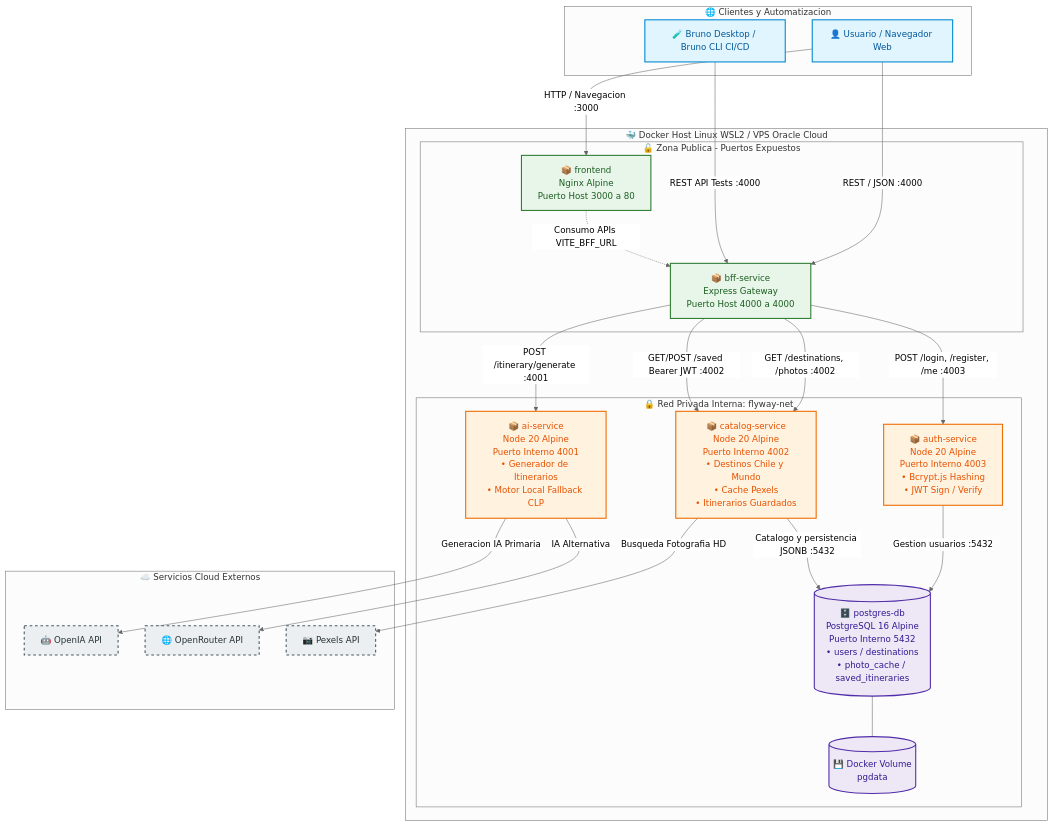
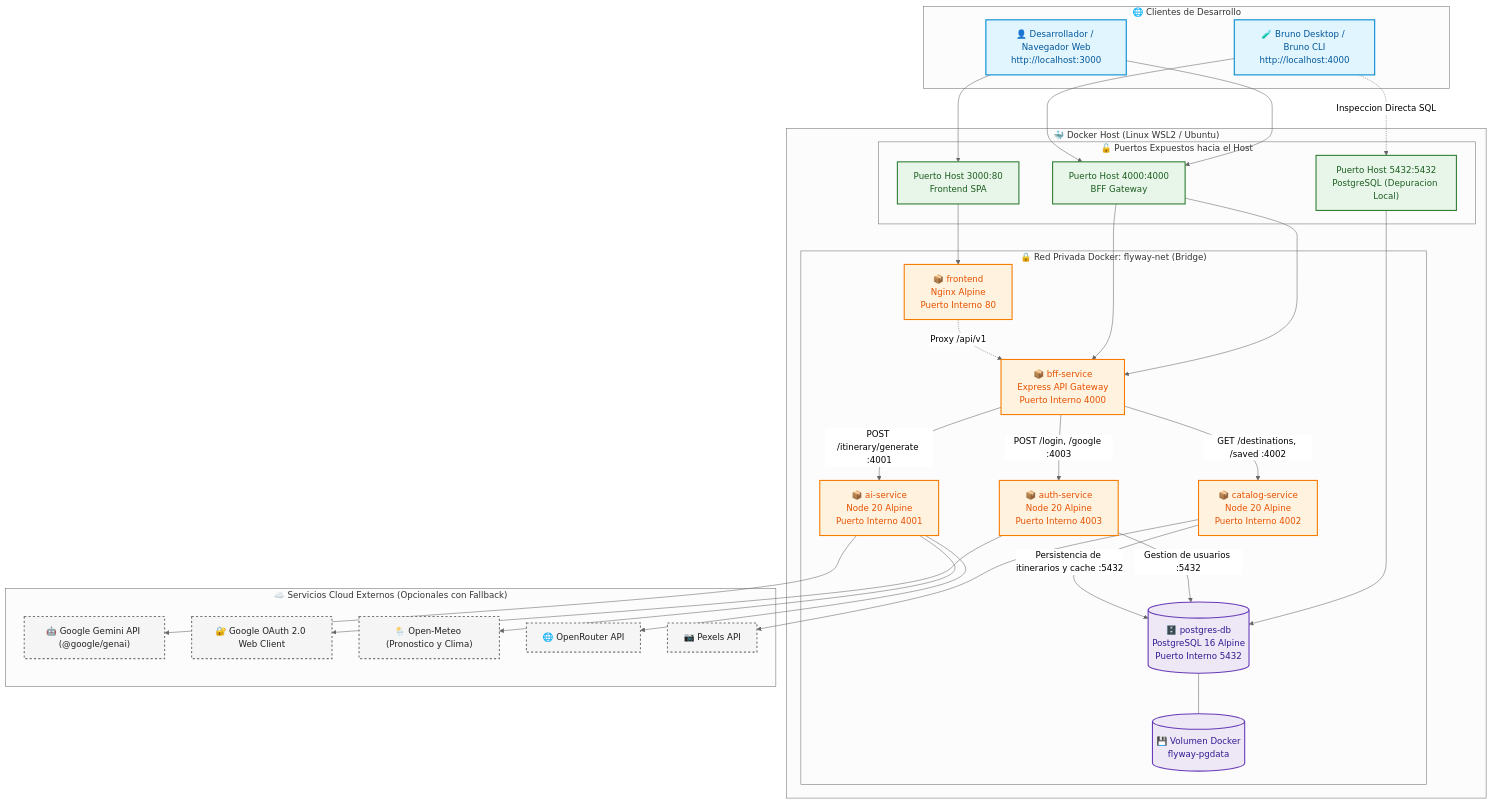
One commit to VanessaLagunas/Flyway changed the second of 5 diagrams in docs/diagrama_de_arquitectura_mermaid_flyway.md. Above: the diagram before and after it, drawn with Mermaid (neutral theme). The commit also changed other lines of this file and 2 other files, not shown here.

Commit message:
Actualizacion de diagramas en docs

````diff
--- a/docs/diagrama_de_arquitectura_mermaid_flyway.md
+++ b/docs/diagrama_de_arquitectura_mermaid_flyway.md
@@ -9,75 +184,77 @@
 ```mermaid
 graph TB
-    %% Clientes y Herramientas Externas
-    subgraph CLIENTS [" 🌐 Clientes y Automatizacion "]
-        User["👤 Usuario / Navegador Web"]
-        QA["🧪 Bruno Desktop / Bruno CLI CI/CD"]
+    %% Clientes Locales
+    subgraph LOCAL_CLIENTS [" 🌐 Clientes de Desarrollo "]
+        DevUser["👤 Desarrollador / Navegador Web<br/>http://localhost:3000"]
+        DevQA["🧪 Bruno Desktop / Bruno CLI<br/>http://localhost:4000"]
     end
 
-    %% Capa Host / Puertos Públicos
-    subgraph DOCKER_HOST [" 🐳 Docker Host Linux WSL2 / VPS Oracle Cloud "]
+    %% Capa Host Docker
+    subgraph DOCKER_COMPOSE_HOST [" 🐳 Docker Host (Linux WSL2 / Ubuntu) "]
         
-        subgraph PUBLIC_ZONE [" 🔓 Zona Publica - Puertos Expuestos "]
-            Frontend["📦 frontend<br/>Nginx Alpine<br/>Puerto Host 3000 a 80"]
-            BFF["📦 bff-service<br/>Express Gateway<br/>Puerto Host 4000 a 4000"]
+        %% Puertos Expuestos hacia el Host
+        subgraph HOST_PORTS [" 🔓 Puertos Expuestos hacia el Host "]
+            Port3000["Puerto Host 3000:80<br/>Frontend SPA"]
+            Port4000["Puerto Host 4000:4000<br/>BFF Gateway"]
+            Port5432["Puerto Host 5432:5432<br/>PostgreSQL (Depuracion Local)"]
         end
 
-        %% Red Privada Interna Docker
-        subgraph FLYWAY_NET [" 🔒 Red Privada Interna: flyway-net "]
+        %% Red Interna Aislada
+        subgraph FLYWAY_NET [" 🔒 Red Privada Docker: flyway-net (Bridge) "]
             
-            AuthSvc["📦 auth-service<br/>Node 20 Alpine<br/>Puerto Interno 4003<br/>• Bcrypt.js Hashing<br/>• JWT Sign / Verify"]
+            LocalFrontend["📦 frontend<br/>Nginx Alpine<br/>Puerto Interno 80"]
+            LocalBFF["📦 bff-service<br/>Express API Gateway<br/>Puerto Interno 4000"]
+            LocalAuth["📦 auth-service<br/>Node 20 Alpine<br/>Puerto Interno 4003"]
+            LocalAI["📦 ai-service<br/>Node 20 Alpine<br/>Puerto Interno 4001"]
+            LocalCatalog["📦 catalog-service<br/>Node 20 Alpine<br/>Puerto Interno 4002"]
+            LocalDB[("🗄️ postgres-db<br/>PostgreSQL 16 Alpine<br/>Puerto Interno 5432")]
             
-            AISvc["📦 ai-service<br/>Node 20 Alpine<br/>Puerto Interno 4001<br/>• Generador de Itinerarios<br/>• Motor Local Fallback CLP"]
-            
-            CatalogSvc["📦 catalog-service<br/>Node 20 Alpine<br/>Puerto Interno 4002<br/>• Destinos Chile y Mundo<br/>• Cache Pexels<br/>• Itinerarios Guardados"]
-            
-            PostgresDB[("🗄️ postgres-db<br/>PostgreSQL 16 Alpine<br/>Puerto Interno 5432<br/>• users / destinations<br/>• photo_cache / saved_itineraries")]
-            
-            VolData[("💾 Docker Volume<br/>pgdata")]
+            LocalVol[("💾 Volumen Docker<br/>flyway-pgdata")]
         end
     end
 
-    %% Servicios y APIs Externas
-    subgraph EXTERNAL_SERVICES [" ☁️ Servicios Cloud Externos "]
-        GeminiAPI["🤖 OpenIA API"]
-        OpenRouterAPI["🌐 OpenRouter API"]
-        PexelsAPI["📷 Pexels API"]
+    %% Servicios Cloud Externos
+    subgraph LOCAL_EXTERNAL [" ☁️ Servicios Cloud Externos (Opcionales con Fallback) "]
+        ExtGemini["🤖 Google Gemini API (@google/genai)"]
+        ExtGoogleOAuth["🔐 Google OAuth 2.0 Web Client"]
+        ExtMeteo["🌦️ Open-Meteo (Pronostico y Clima)"]
+        ExtOpenRouter["🌐 OpenRouter API"]
+        ExtPexels["📷 Pexels API"]
     end
 
-    %% Conexiones Clientes
-    User -->|"HTTP / Navegacion :3000"| Frontend
-    User -->|"REST / JSON :4000"| BFF
-    QA -->|"REST API Tests :4000"| BFF
+    %% Conexiones Host hacia Contenedores
+    DevUser --> Port3000 --> LocalFrontend
+    DevUser --> Port4000 --> LocalBFF
+    DevQA --> Port4000 --> LocalBFF
+    DevQA -.->|"Inspeccion Directa SQL"| Port5432 --> LocalDB
 
-    %% Frontend hacia BFF
-    Frontend -.->|"Consumo APIs VITE_BFF_URL"| BFF
+    %% Comunicacion entre Contenedores en flyway-net
+    LocalFrontend -.->|"Proxy /api/v1"| LocalBFF
+    LocalBFF -->|"POST /login, /google :4003"| LocalAuth
+    LocalBFF -->|"POST /itinerary/generate :4001"| LocalAI
+    LocalBFF -->|"GET /destinations, /saved :4002"| LocalCatalog
 
-    %% Orquestación BFF hacia Microservicios Internos
-    BFF -->|"POST /login, /register, /me :4003"| AuthSvc
-    BFF -->|"POST /itinerary/generate :4001"| AISvc
-    BFF -->|"GET /destinations, /photos :4002"| CatalogSvc
-    BFF -->|"GET/POST /saved Bearer JWT :4002"| CatalogSvc
+    LocalAuth -->|"Gestion de usuarios :5432"| LocalDB
+    LocalCatalog -->|"Persistencia de itinerarios y cache :5432"| LocalDB
+    LocalDB --- LocalVol
 
-    %% Conexiones con Base de Datos
-    AuthSvc -->|"Gestion usuarios :5432"| PostgresDB
-    CatalogSvc -->|"Catalogo y persistencia JSONB :5432"| PostgresDB
-    PostgresDB --- VolData
+    %% Conexiones Externas
+    LocalAuth --> ExtGoogleOAuth
+    LocalAI --> ExtGemini
+    LocalAI --> ExtOpenRouter
+    LocalAI --> ExtMeteo
+    LocalCatalog --> ExtPexels
 
-    %% Conexiones Microservicios con APIs Externas
-    AISvc -->|"Generacion IA Primaria"| GeminiAPI
-    AISvc -->|"IA Alternativa"| OpenRouterAPI
-    CatalogSvc -->|"Busqueda Fotografia HD"| PexelsAPI
+    %% Estilos
+    classDef clientStyle fill:#e1f5fe,stroke:#0288d1,stroke-width:2px,color:#01579b;
+    classDef hostStyle fill:#e8f5e9,stroke:#2e7d32,stroke-width:2px,color:#1b5e20;
+    classDef svcStyle fill:#fff3e0,stroke:#f57c00,stroke-width:2px,color:#e65100;
+    classDef dbStyle fill:#ede7f6,stroke:#673ab7,stroke-width:2px,color:#311b92;
+    classDef extStyle fill:#f5f5f5,stroke:#757575,stroke-width:2px,stroke-dasharray: 4 4,color:#212121;
 
-    %% Estilos Visuales
-    classDef clientStyle fill:#e1f5fe,stroke:#0288d1,stroke-width:2px,color:#01579b;
-    classDef publicStyle fill:#e8f5e9,stroke:#2e7d32,stroke-width:2px,color:#1b5e20;
-    classDef internalStyle fill:#fff3e0,stroke:#ef6c00,stroke-width:2px,color:#e65100;
-    classDef dbStyle fill:#ede7f6,stroke:#512da8,stroke-width:2px,color:#311b92;
-    classDef extStyle fill:#eceff1,stroke:#455a64,stroke-width:2px,stroke-dasharray: 5 5,color:#263238;
-
-    class User,QA clientStyle;
-    class Frontend,BFF publicStyle;
-    class AuthSvc,AISvc,CatalogSvc internalStyle;
-    class PostgresDB,VolData dbStyle;
-    class GeminiAPI,OpenRouterAPI,PexelsAPI extStyle;
+    class DevUser,DevQA clientStyle;
+    class Port3000,Port4000,Port5432 hostStyle;
+    class LocalFrontend,LocalBFF,LocalAuth,LocalAI,LocalCatalog svcStyle;
+    class LocalDB,LocalVol dbStyle;
+    class ExtGemini,ExtGoogleOAuth,ExtMeteo,ExtOpenRouter,ExtPexels extStyle;
 ```
````
